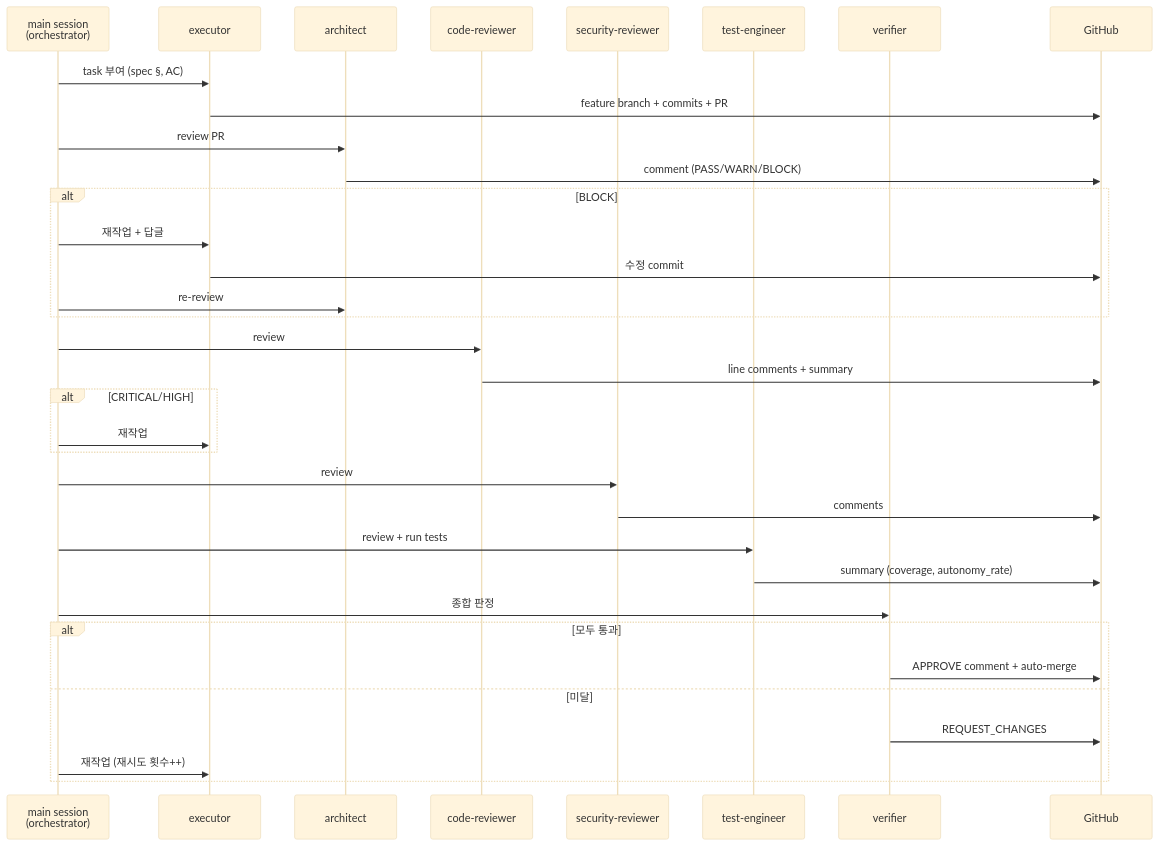
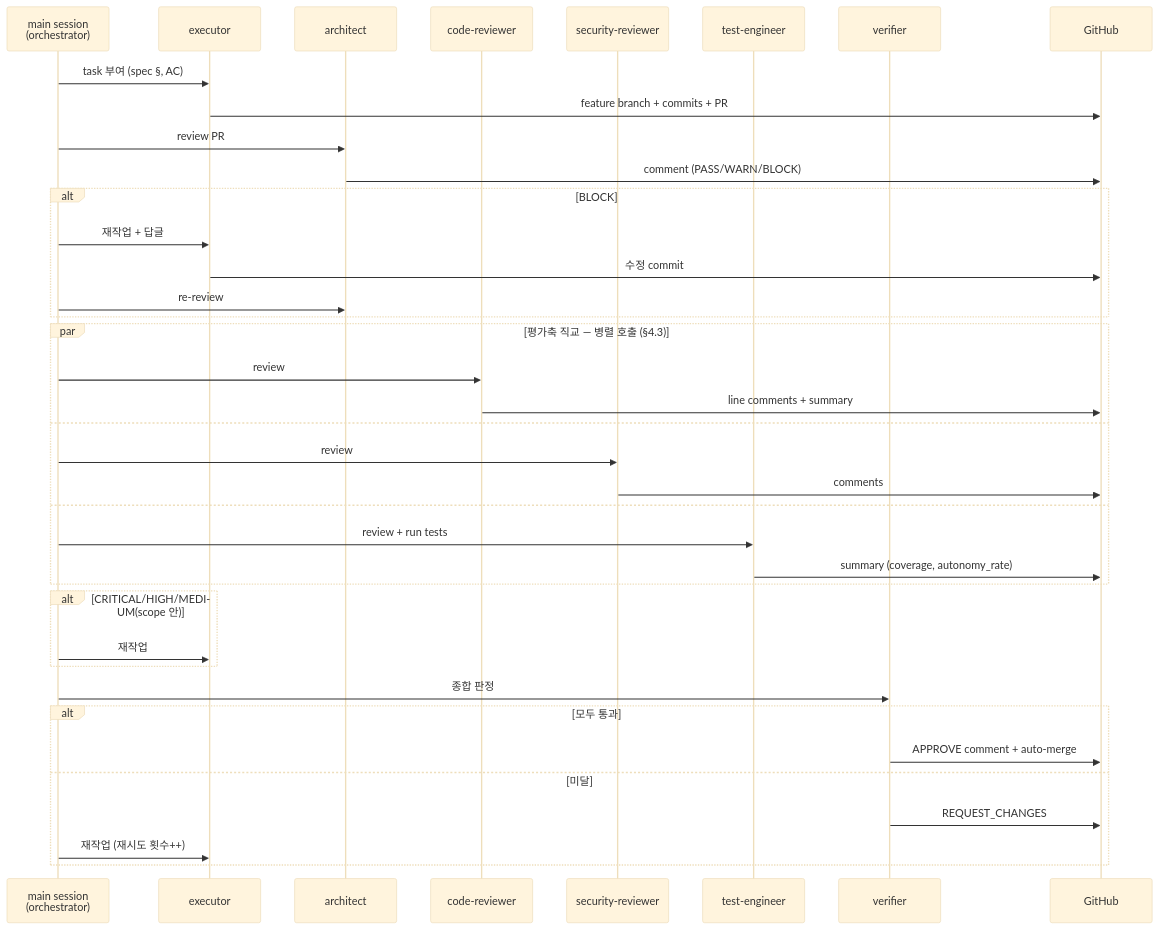
The second of 2 diagrams in docs/process/03-개발-프로세스.md (simsimhugh/macro-logbot), drawn with Mermaid (base theme) before and after one commit. The commit also changed other lines of this file, not shown here.

First line of the commit message:
docs(process): §4.3 reviewer 병렬 호출 정책 + §4.1 다이어그램 par 블록

````diff
--- a/docs/process/03-개발-프로세스.md
+++ b/docs/process/03-개발-프로세스.md
@@ -135,37 +135,41 @@
 ```mermaid
 sequenceDiagram
     participant Main as main session<br/>(orchestrator)
     participant Exec as executor
     participant Arch as architect
     participant CR as code-reviewer
     participant Sec as security-reviewer
     participant Test as test-engineer
     participant Ver as verifier
     participant GH as GitHub
 
     Main->>Exec: task 부여 (spec §, AC)
     Exec->>GH: feature branch + commits + PR
     Main->>Arch: review PR #N
     Arch->>GH: comment (PASS/WARN/BLOCK)
     alt BLOCK
         Main->>Exec: 재작업 + 답글
         Exec->>GH: 수정 commit
         Main->>Arch: re-review
     end
-    Main->>CR: review
-    CR->>GH: line comments + summary
-    alt CRITICAL/HIGH
+    par 평가축 직교 — 병렬 호출 (§4.3)
+        Main->>CR: review
+        CR->>GH: line comments + summary
+    and
+        Main->>Sec: review
+        Sec->>GH: comments
+    and
+        Main->>Test: review + run tests
+        Test->>GH: summary (coverage, autonomy_rate)
+    end
+    alt CRITICAL/HIGH/MEDIUM(scope 안)
         Main->>Exec: 재작업
     end
-    Main->>Sec: review
-    Sec->>GH: comments
-    Main->>Test: review + run tests
-    Test->>GH: summary (coverage, autonomy_rate)
     Main->>Ver: 종합 판정
     alt 모두 통과
         Ver->>GH: APPROVE comment + auto-merge
     else 미달
         Ver->>GH: REQUEST_CHANGES
         Main->>Exec: 재작업 (재시도 횟수++)
     end
 ```
````
